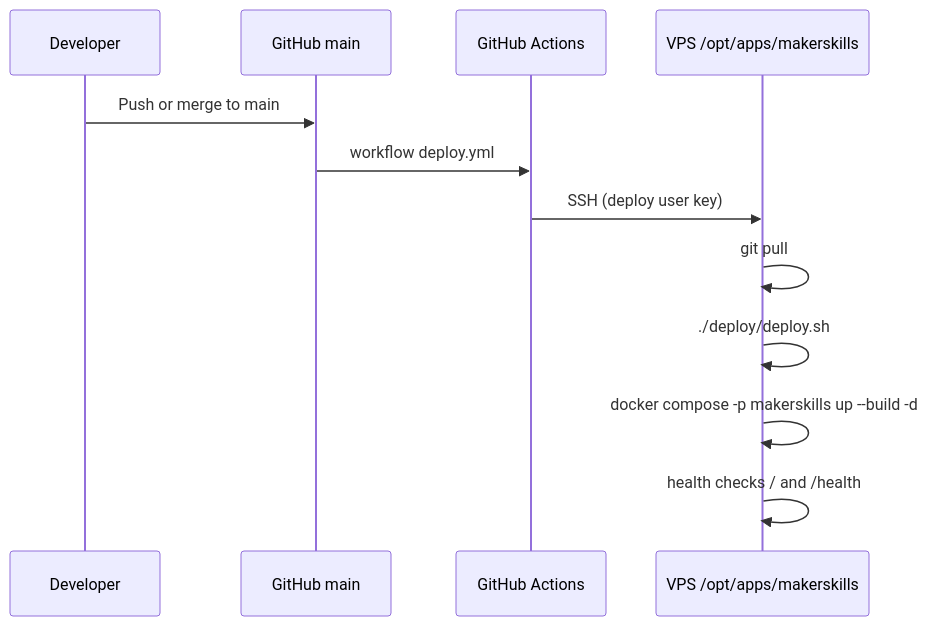
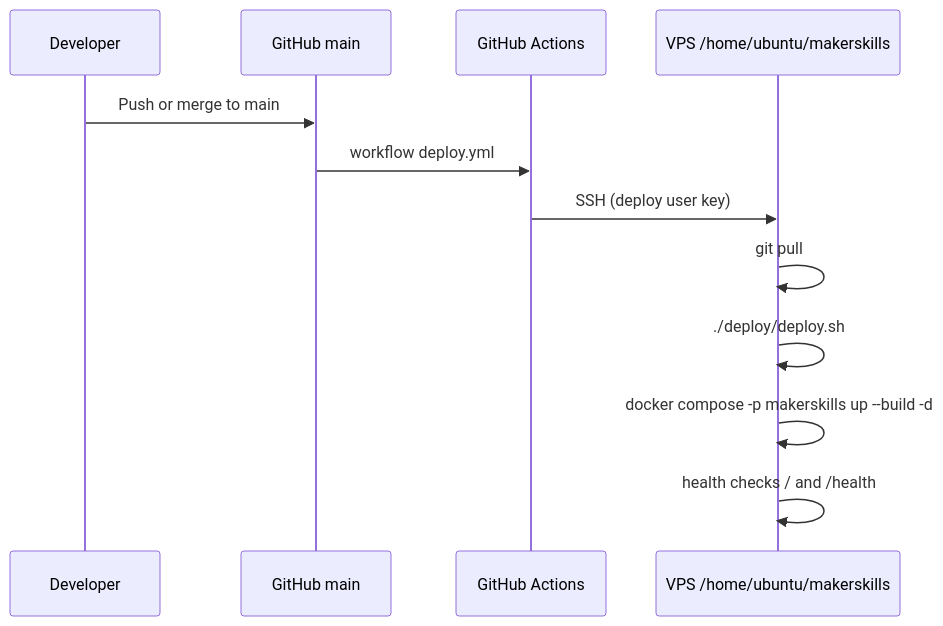
One commit to MohamedAzizHadrouk/MakerSkills_Website changed the second of 2 diagrams in ARCHITECTURE.md. Above: the diagram before and after it, drawn with Mermaid. The commit also changed other lines of this file and 4 other files, not shown here.

Commit message:
Update paths in documentation and scripts to reflect new directory structure under /home/ubuntu for Maker Skills deployment

````diff
--- a/ARCHITECTURE.md
+++ b/ARCHITECTURE.md
@@ -85,15 +85,15 @@
 ```mermaid
 sequenceDiagram
   participant Dev as Developer
   participant GH as GitHub main
   participant GHA as GitHub Actions
-  participant VPS as VPS /opt/apps/makerskills
+  participant VPS as VPS /home/ubuntu/makerskills
 
   Dev->>GH: Push or merge to main
   GH->>GHA: workflow deploy.yml
   GHA->>VPS: SSH (deploy user key)
   VPS->>VPS: git pull
   VPS->>VPS: ./deploy/deploy.sh
   VPS->>VPS: docker compose -p makerskills up --build -d
   VPS->>VPS: health checks / and /health
 ```
````
